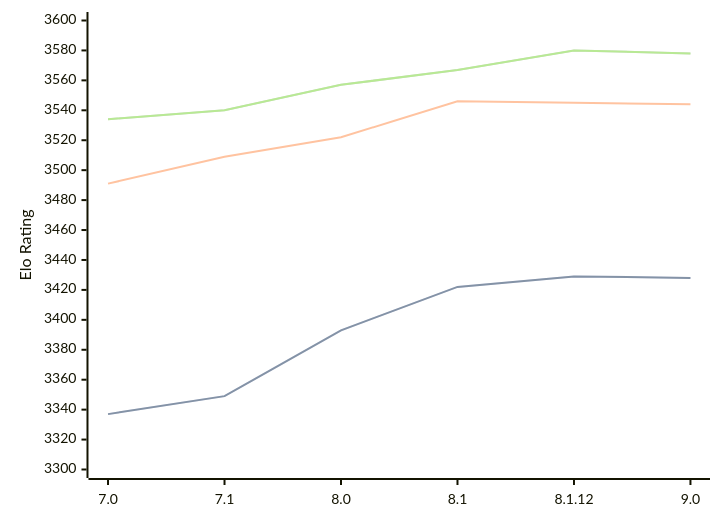
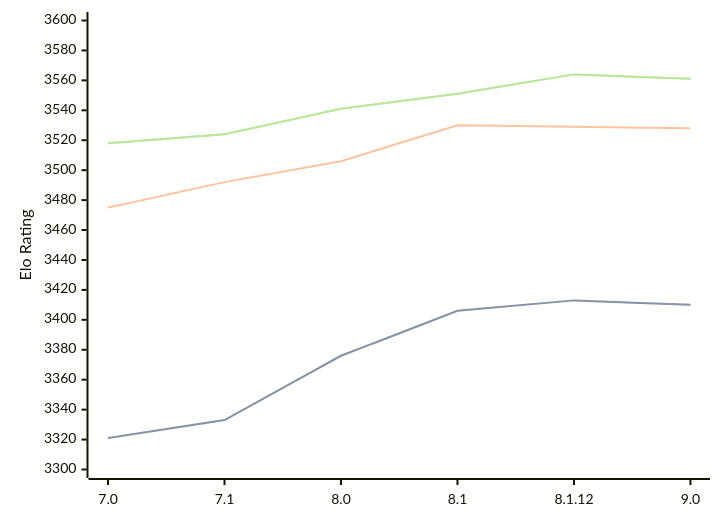
The diagram in engines/Alexandria.md (computer-chess-index/cci), drawn with Mermaid before and after one commit. The commit also changed other lines of this file, not shown here.

Commit message:
Update CCI Ratings (ELO VLTC) - 2026-05-20

````diff
--- a/engines/Alexandria.md
+++ b/engines/Alexandria.md
@@ -55,11 +55,11 @@
 ```mermaid
 %%{init: {"theme":"base","themeVariables":{"seriesColors:['#a3a3a3','#222221','#faa371']}}}%%
 xychart-beta
   x-axis ["7.0", "7.1", "8.0", "8.1", "8.1.12", "9.0"]
   y-axis "Elo Rating" 3300 --> 3600
-  line "STC (8.0+0.08s)" [3337, 3349, 3393, 3422, 3429, 3428]
-  line "STC (8.0+0.08s)" [3337, 3349, 3393, 3422, 3429, 3428]
-  line "LTC (60.0+0.60s)" [3491, 3509, 3522, 3546, 3545, 3544]
-  line "VLTC (2m24s+1.12s)" [3534, 3540, 3557, 3567, 3580, 3578]
-  line "VLTC (2m24s+1.12s)" [3534, 3540, 3557, 3567, 3580, 3578]
+  line "STC (8.0+0.08s)" [3321, 3333, 3376, 3406, 3413, 3410]
+  line "STC (8.0+0.08s)" [3321, 3333, 3376, 3406, 3413, 3410]
+  line "LTC (60.0+0.60s)" [3475, 3492, 3506, 3530, 3529, 3528]
+  line "VLTC (2m24s+1.12s)" [3518, 3524, 3541, 3551, 3564, 3561]
+  line "VLTC (2m24s+1.12s)" [3518, 3524, 3541, 3551, 3564, 3561]
 ```
````
